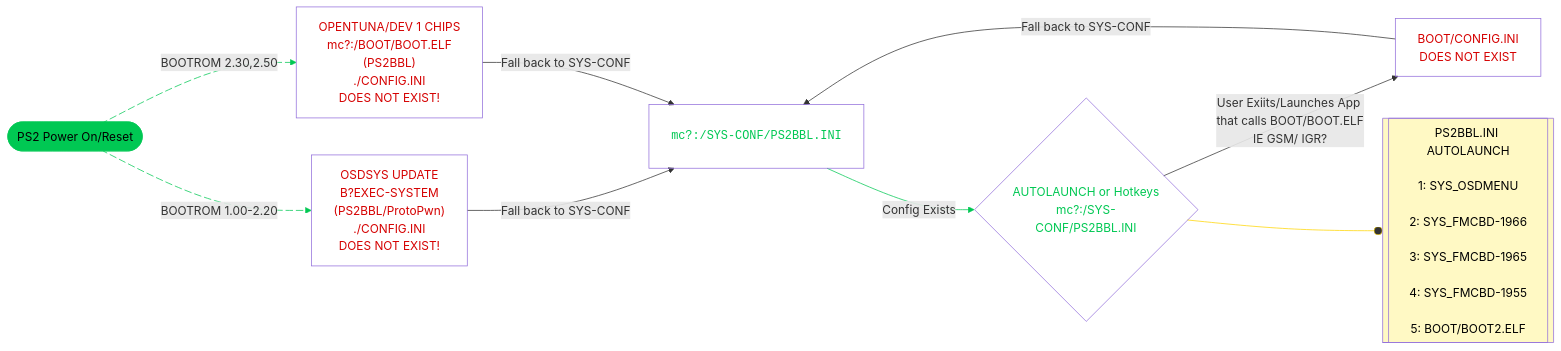
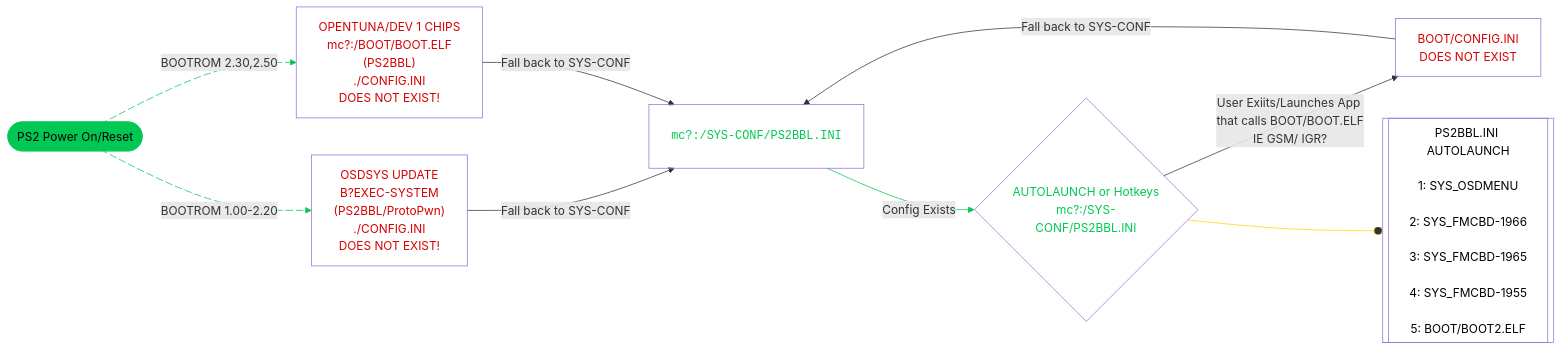
One commit to playerjmr/ps2homebrewstore changed the diagram in docs/umcs/index.md. Above: the diagram before and after it, drawn with Mermaid.

Commit message:
update mermaid chart

````diff
--- a/docs/umcs/index.md
+++ b/docs/umcs/index.md
@@ -74,33 +74,33 @@
 ```mermaid
 graph LR
     A(["PS2 Power On/Reset"]) L_A_B_0@-- "BOOTROM 1.00-2.20" --> B["OSDSYS UPDATE<br>B?EXEC-SYSTEM<br>(PS2BBL/ProtoPwn)<br>./CONFIG.INI <br>DOES NOT EXIST!"]
     A L_A_n1_0@-- "BOOTROM 2.30,2.50" --> n1["OPENTUNA/DEV 1 CHIPS<br>mc?:/BOOT/BOOT.ELF<br>(PS2BBL)<br>./CONFIG.INI <br>DOES NOT EXIST!"]
     n5@{ label: "<pre style=\"font-family:\"><code style=\"font-family:\">mc?:/SYS-CONF/PS2BBL.INI</code></pre>" } -- Config Exists --> n6["AUTOLAUNCH or Hotkeys<br>mc?:/SYS-CONF/PS2BBL.INI"]
     B -- "Fall back to SYS-CONF" --> n5
     n1 -- "Fall back to SYS-CONF" --> n5
     n6 -- "User Exiits/Launches App that calls BOOT/BOOT.ELF<br>IE GSM/ IGR?" --> n7["BOOT/CONFIG.INI <br>DOES NOT EXIST"]
     n7 -- "Fall back to SYS-CONF" --> n5
     n6 --o n10@{ label: "PS2BBL.INI AUTOLAUNCH<br style=\"--tw-scale-x:\"><br style=\"--tw-scale-x:\">1: SYS_OSDMENU<br style=\"--tw-scale-x:\"><br style=\"--tw-scale-x:\">2: SYS_FMCBD-1966<br style=\"--tw-scale-x:\"><br style=\"--tw-scale-x:\">3: SYS_FMCBD-1965<br style=\"--tw-scale-x:\"><br style=\"--tw-scale-x:\">4: SYS_FMCBD-1955<br style=\"--tw-scale-x:\"><br style=\"--tw-scale-x:\">5: BOOT/BOOT2.ELF" }
     B@{ shape: rect}
     n1@{ shape: rect}
     n5@{ shape: proc}
     n6@{ shape: diam}
     n7@{ shape: rect}
     n10@{ shape: subproc}
      A:::Ash
     classDef Ash stroke-width:1px, stroke-dasharray:none, stroke:#999999, fill:#EEEEEE, color:#000000
     style A stroke:#00C853,fill:#00C853,color:none
     style B color:#D50000,fill:transparent
     style n1 color:#D50000,fill:transparent
     style n5 fill:transparent,color:#00C853
     style n6 fill:transparent,color:#00C853
     style n7 fill:transparent,color:#D50000
-    style n10 fill:#FFF9C4,color:#000000
+    style n10 fill:transparent,color:#000000
     linkStyle 0 stroke:#00C853,fill:none
     linkStyle 1 stroke:#00C853,fill:none
     linkStyle 2 stroke:#00C853,fill:none
     linkStyle 7 stroke:#FFD600,fill:none
     L_A_B_0@{ animation: slow } 
     L_A_n1_0@{ animation: slow }
 
 ```
````
